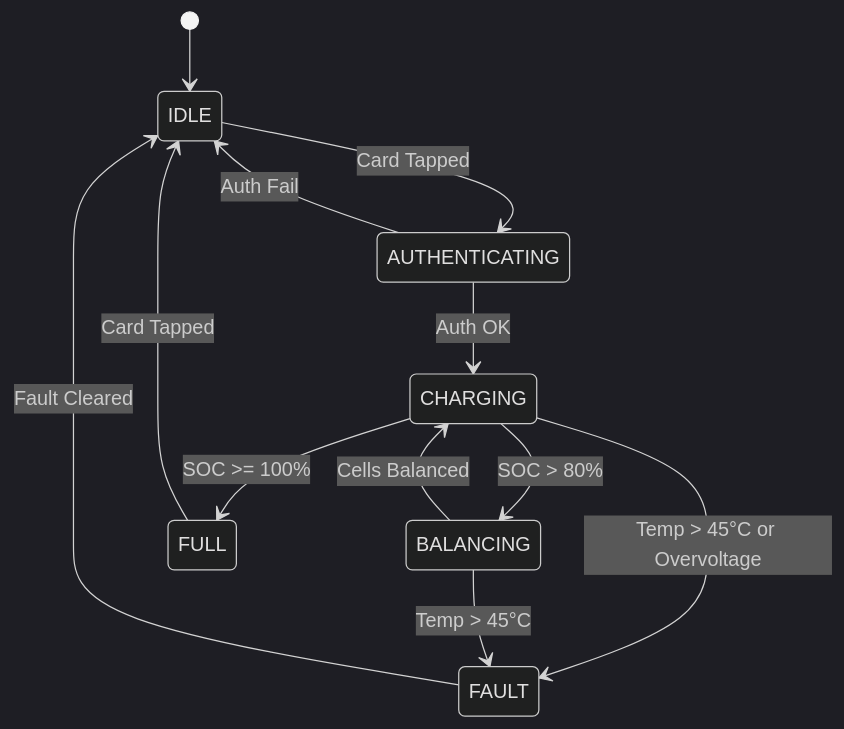
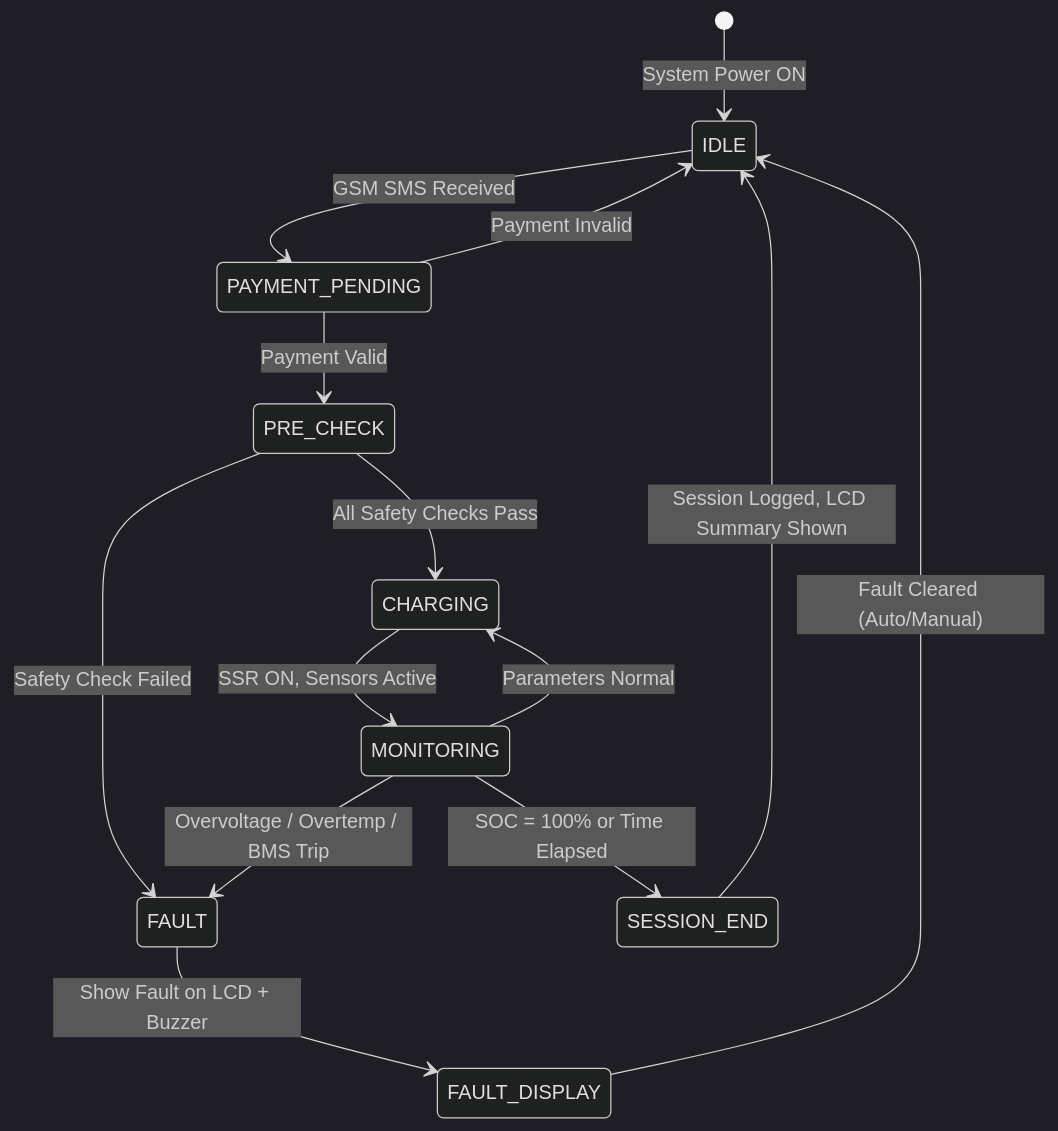
Before and after one commit to prashanth-2369002/SmartEV-Charging-System: the sixth of 6 diagrams in README.md, drawn with Mermaid (dark theme). The commit also changed other lines of this file and 7 other files, not shown here.

First line of the commit message:
docs(SmartEV): professional README with Mermaid diagrams and visual assets

````diff
--- a/README.md
+++ b/README.md
@@ -112,14 +363,21 @@
 ```mermaid
 stateDiagram-v2
-    [*] --> IDLE
-    IDLE --> AUTHENTICATING : Card Tapped
-    AUTHENTICATING --> CHARGING : Auth OK
-    AUTHENTICATING --> IDLE : Auth Fail
-    CHARGING --> BALANCING : SOC > 80%
-    BALANCING --> CHARGING : Cells Balanced
-    CHARGING --> FULL : SOC >= 100%
-    CHARGING --> FAULT : Temp > 45°C or Overvoltage
-    BALANCING --> FAULT : Temp > 45°C
-    FAULT --> IDLE : Fault Cleared
-    FULL --> IDLE : Card Tapped
+    [*] --> IDLE : System Power ON
+
+    IDLE --> PAYMENT_PENDING : GSM SMS Received
+    PAYMENT_PENDING --> IDLE : Payment Invalid
+    PAYMENT_PENDING --> PRE_CHECK : Payment Valid
+
+    PRE_CHECK --> CHARGING : All Safety Checks Pass
+    PRE_CHECK --> FAULT : Safety Check Failed
+
+    CHARGING --> MONITORING : SSR ON, Sensors Active
+    MONITORING --> CHARGING : Parameters Normal
+    MONITORING --> FAULT : Overvoltage / Overtemp / BMS Trip
+    MONITORING --> SESSION_END : SOC = 100% or Time Elapsed
+
+    SESSION_END --> IDLE : Session Logged, LCD Summary Shown
+
+    FAULT --> FAULT_DISPLAY : Show Fault on LCD + Buzzer
+    FAULT_DISPLAY --> IDLE : Fault Cleared (Auto/Manual)
 ```
````
